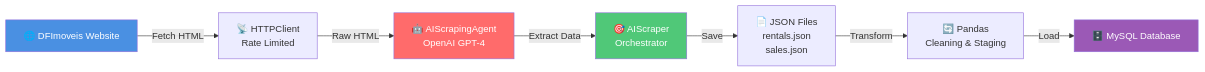
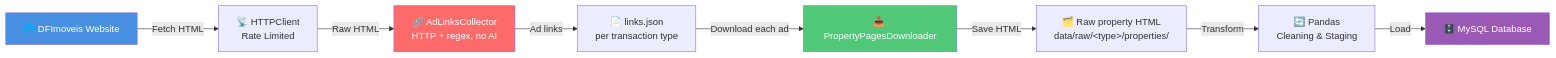
The first of 4 diagrams in README.md (danrbueno/real_estate_data_pipeline), drawn with Mermaid before and after one commit. The commit also changed other lines of this file and 21 other files, not shown here.

First line of the commit message:
feat: Refactor AI Scraper to Ad Links Collector

````diff
--- a/README.md
+++ b/README.md
@@ -28,14 +28,15 @@
 ```mermaid
 graph LR
     A["🌐 DFImoveis Website"] -->|"Fetch HTML"| B["📡 HTTPClient<br/>Rate Limited"]
-    B -->|"Raw HTML"| C["🤖 AIScrapingAgent<br/>OpenAI GPT-4"]
-    C -->|"Extract Data"| D["🎯 AIScraper<br/>Orchestrator"]
-    D -->|"Save"| E["📄 JSON Files<br/>rentals.json<br/>sales.json"]
+    B -->|"Raw HTML"| C["🔗 AdLinksCollector<br/>HTTP + regex, no AI"]
+    C -->|"Ad links"| D["📄 links.json<br/>per transaction type"]
+    D -->|"Download each ad"| H["📥 PropertyPagesDownloader"]
+    H -->|"Save HTML"| E["🗂️ Raw property HTML<br/>data/raw/&lt;type&gt;/properties/"]
     E -->|"Transform"| F["🔄 Pandas<br/>Cleaning & Staging"]
     F -->|"Load"| G["🗄️ MySQL Database"]
     
     style A fill:#4A90E2,color:#fff
     style C fill:#FF6B6B,color:#fff
-    style D fill:#50C878,color:#fff
+    style H fill:#50C878,color:#fff
     style G fill:#9B59B6,color:#fff
 ```
````
